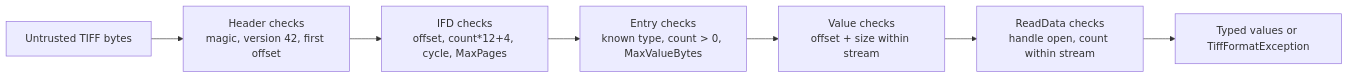
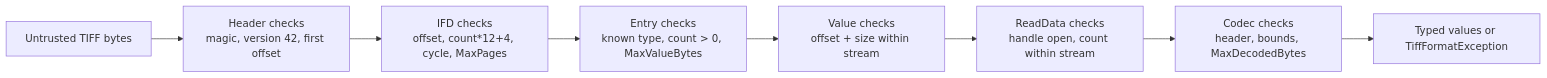
The diagram in sarafftiff/safety.md (saraff-9EB1047A4BEB4cef8506B29BA325BD5A/saraff-9EB1047A4BEB4cef8506B29BA325BD5A.github.io), drawn with Mermaid before and after one commit. The commit also changed other lines of this file and 9 other files, not shown here.

````diff
--- a/sarafftiff/safety.md
+++ b/sarafftiff/safety.md
@@ -21,9 +23,10 @@
 ```mermaid
 flowchart LR
     Input["Untrusted TIFF bytes"] --> Header["Header checks<br/>magic, version 42, first offset"]
     Header --> IFD["IFD checks<br/>offset, count*12+4, cycle, MaxPages"]
     IFD --> Entry["Entry checks<br/>known type, count > 0, MaxValueBytes"]
     Entry --> Value["Value checks<br/>offset + size within stream"]
     Value --> Data["ReadData checks<br/>handle open, count within stream"]
-    Data --> Result["Typed values or TiffFormatException"]
+    Data --> Codec["Codec checks<br/>header, bounds, MaxDecodedBytes"]
+    Codec --> Result["Typed values or TiffFormatException"]
 ```
````
